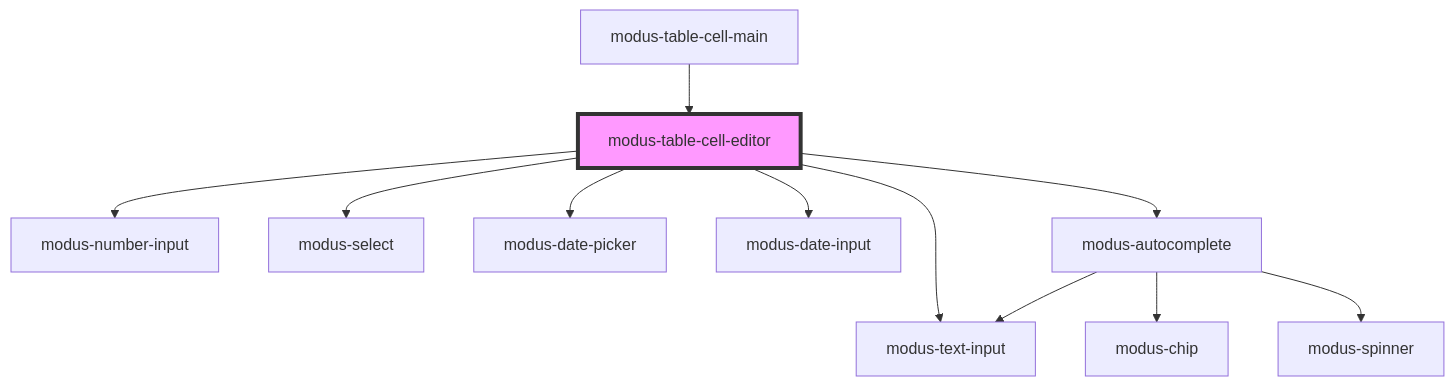
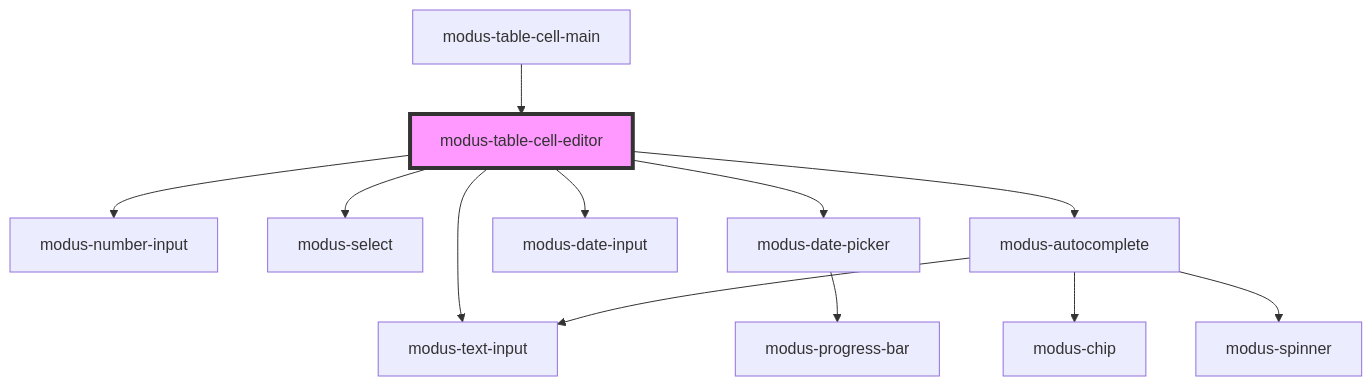
One commit to trimble-oss/modus-web-components changed the diagram in stencil-workspace/src/components/modus-table/parts/cell/modus-table-cell-editor/readme.md. Above: the diagram before and after it, drawn with Mermaid. The commit also changed 8 other files, not shown here.

````diff
--- a/stencil-workspace/src/components/modus-table/parts/cell/modus-table-cell-editor/readme.md
+++ b/stencil-workspace/src/components/modus-table/parts/cell/modus-table-cell-editor/readme.md
@@ -37,14 +37,15 @@
 ```mermaid
 graph TD;
   modus-table-cell-editor --> modus-number-input
   modus-table-cell-editor --> modus-text-input
   modus-table-cell-editor --> modus-select
   modus-table-cell-editor --> modus-date-picker
   modus-table-cell-editor --> modus-date-input
   modus-table-cell-editor --> modus-autocomplete
+  modus-date-picker --> modus-progress-bar
   modus-autocomplete --> modus-text-input
   modus-autocomplete --> modus-chip
   modus-autocomplete --> modus-spinner
   modus-table-cell-main --> modus-table-cell-editor
   style modus-table-cell-editor fill:#f9f,stroke:#333,stroke-width:4px
 ```
````
